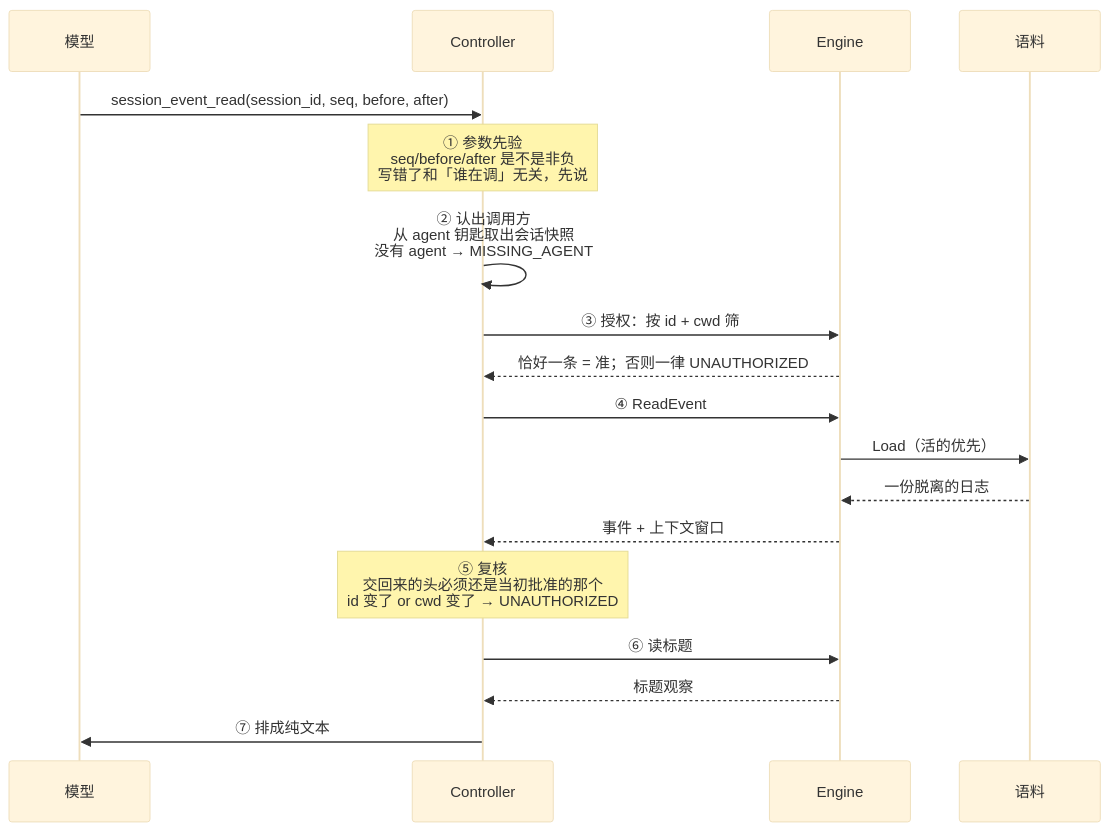
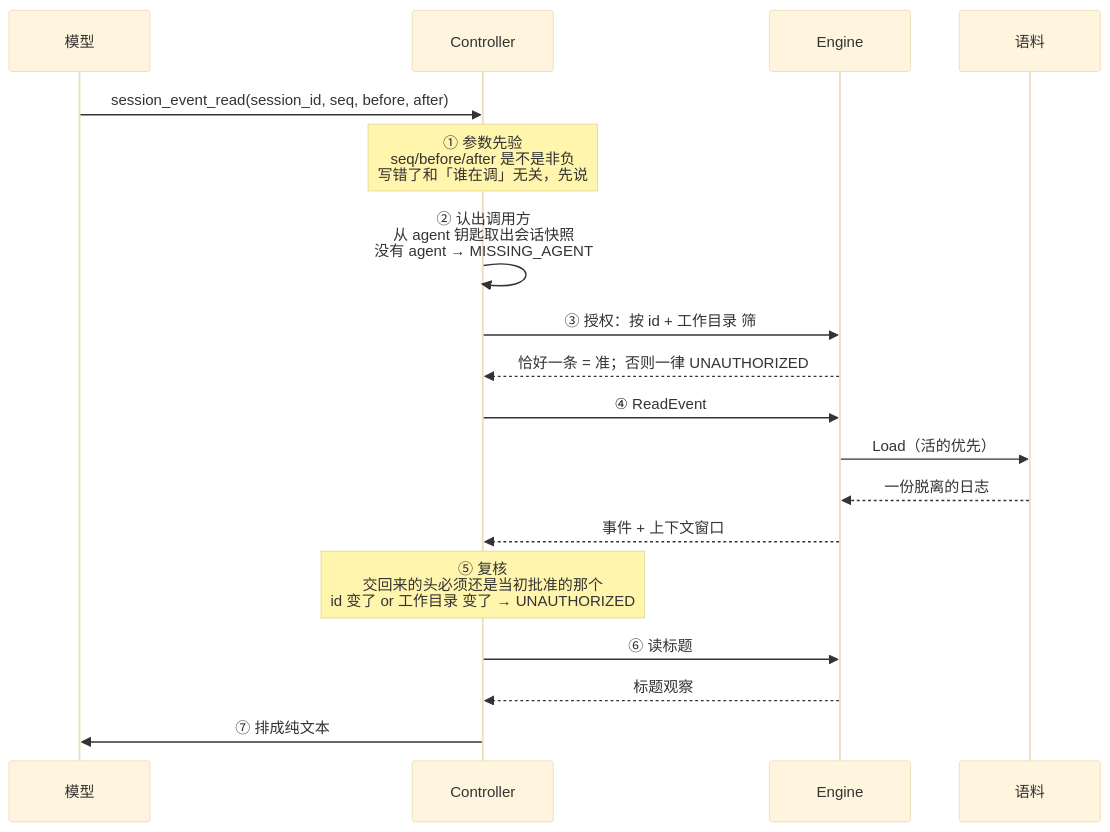
The second of 16 diagrams in docs/modules/sessionquery.md (snight1983/ds-harness-go), drawn with Mermaid (base theme) before and after one commit. The commit also changed other lines of this file and 195 other files, not shown here.

````diff
--- a/docs/modules/sessionquery.md
+++ b/docs/modules/sessionquery.md
@@ -153,21 +153,21 @@
 ```mermaid
 sequenceDiagram
     participant M as 模型
     participant C as Controller
     participant E as Engine
     participant S as 语料
 
     M->>C: session_event_read(session_id, seq, before, after)
     Note over C: ① 参数先验<br/>seq/before/after 是不是非负<br/>写错了和「谁在调」无关，先说
     C->>C: ② 认出调用方<br/>从 agent 钥匙取出会话快照<br/>没有 agent → MISSING_AGENT
-    C->>E: ③ 授权：按 id + cwd 筛
+    C->>E: ③ 授权：按 id + 工作目录 筛
     E-->>C: 恰好一条 = 准；否则一律 UNAUTHORIZED
     C->>E: ④ ReadEvent
     E->>S: Load（活的优先）
     S-->>E: 一份脱离的日志
     E-->>C: 事件 + 上下文窗口
-    Note over C: ⑤ 复核<br/>交回来的头必须还是当初批准的那个<br/>id 变了 or cwd 变了 → UNAUTHORIZED
+    Note over C: ⑤ 复核<br/>交回来的头必须还是当初批准的那个<br/>id 变了 or 工作目录 变了 → UNAUTHORIZED
     C->>E: ⑥ 读标题
     E-->>C: 标题观察
     C->>M: ⑦ 排成纯文本
 ```
````
